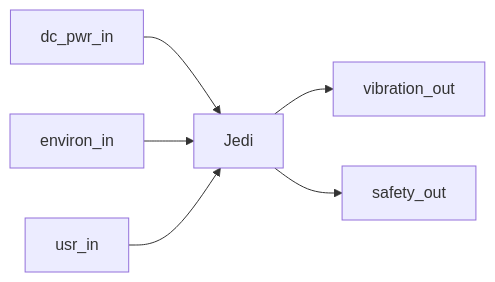
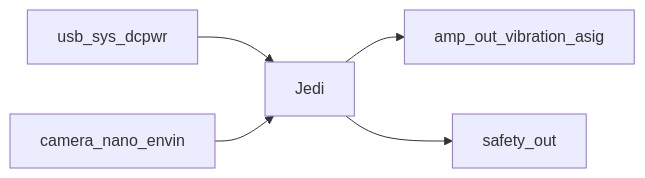
The first of 15 diagrams in blocks.md (Jedi-Vision/ECE44x), drawn with Mermaid before and after one commit. The commit also changed other lines of this file, not shown here.

Commit message:
Update system diagram to align as much with project document as I can.

````diff
--- a/blocks.md
+++ b/blocks.md
@@ -4,9 +4,9 @@
 ```mermaid
 graph LR
      %% System input and outputs
-    dc_pwr_in --> Jedi
-    environ_in --> Jedi
-    usr_in --> Jedi
-    Jedi --> vibration_out
+    usb_sys_dcpwr --> Jedi
+    camera_nano_envin --> Jedi
+    %%usr_in --> Jedi
+    Jedi --> amp_out_vibration_asig
     Jedi --> safety_out
 ```
````
